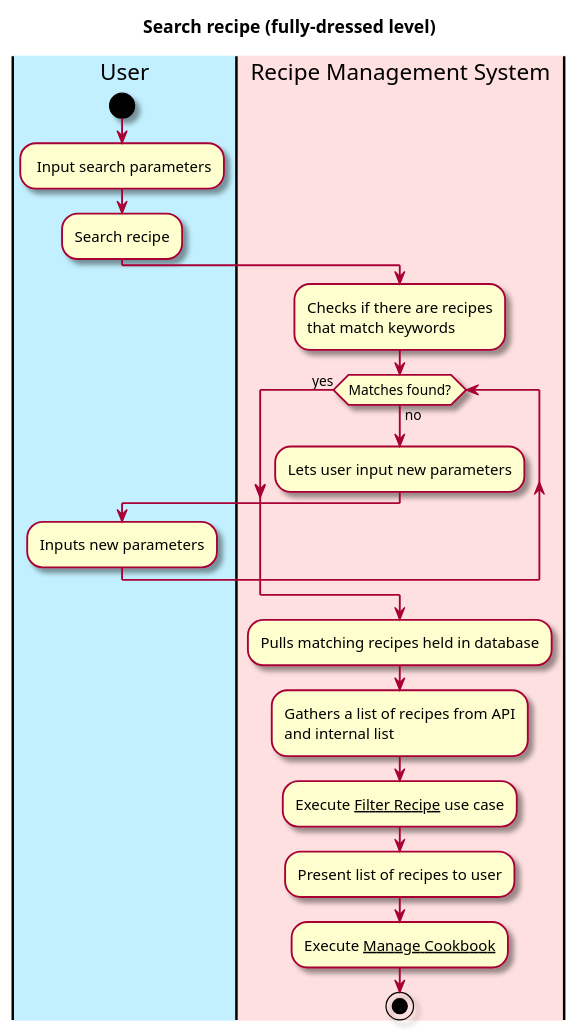
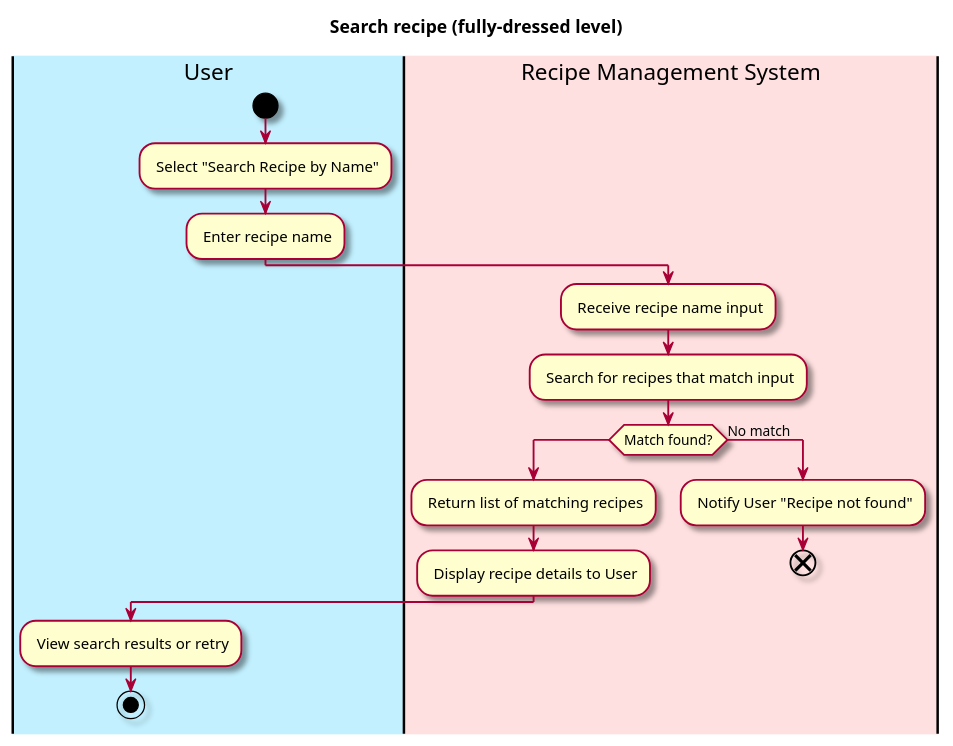
Before and after one commit to berthashipper/Pantry-Pal-Android-Application: the first of 2 diagrams in intellij/doc/use-cases/search_recipes.md, drawn with PlantUML. The commit also changed other lines of this file, not shown here.

Commit message:
Updated workflow diagram

````diff
--- a/intellij/doc/use-cases/search_recipes.md
+++ b/intellij/doc/use-cases/search_recipes.md
@@ -28,41 +28,34 @@
 ```plantuml
 @startuml
 
 skin rose
 
 title Search recipe (fully-dressed level)
 
 'define the lanes
 |#application|User|
 |#implementation|Recipe Management System|
 
 |User|
 start
-: Input search parameters;
+: Select "Search Recipe by Name";
 
-:Search recipe;
+: Enter recipe name;
+|Recipe Management System|
+: Receive recipe name input;
 
-|Recipe Management System|
-:Checks if there are recipes
-that match keywords;
+: Search for recipes that match input;
 
-while (Matches found?) is (no)
-:Lets user input new parameters;
-|User|
-:Inputs new parameters;
-endwhile(yes)
+if (Match found?)
+    : Return list of matching recipes;
+    : Display recipe details to User;
+    |User|
+    : View search results or retry;
+    stop
+else (No match)
+    |Recipe Management System|
+    : Notify User "Recipe not found";
+end
 
-|Recipe Management System|
-
-:Pulls matching recipes held in database;
-
-:Gathers a list of recipes from API
-and internal list;
-:Execute __Filter Recipe__ use case;
-
-
-:Present list of recipes to user;
-:Execute __Manage Cookbook__;
-stop
 @enduml
 ```
````
